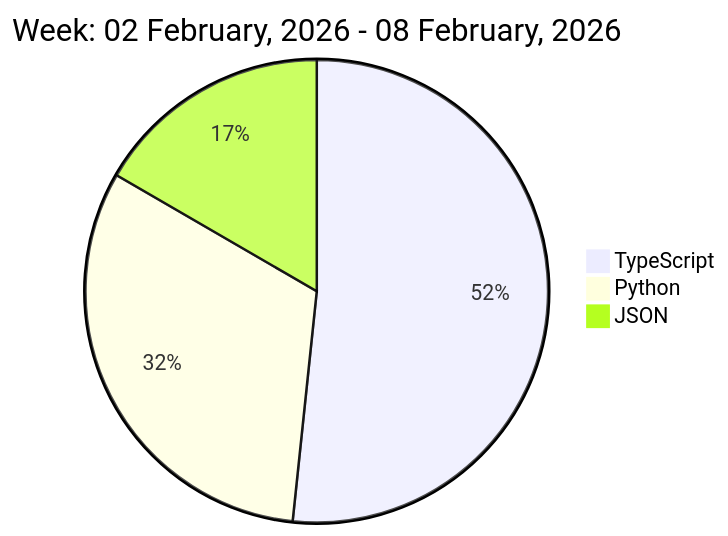
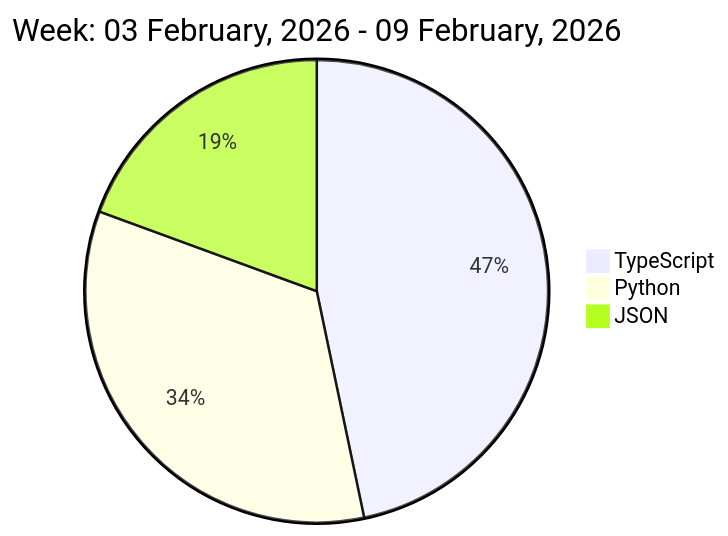
One commit to liubin95/liubin95 changed the diagram in README.md. Above: the diagram before and after it, drawn with Mermaid.

Commit message:
Updated the Graph with new Metrics

````diff
--- a/README.md
+++ b/README.md
@@ -37,7 +37,7 @@
 ```mermaid
  pie
-title Week: 02 February, 2026 - 08 February, 2026
- "TypeScript" : 8.85
- "Python" : 5.43
- "JSON" : 2.85
+title Week: 03 February, 2026 - 09 February, 2026
+ "TypeScript" : 7.75
+ "Python" : 5.62
+ "JSON" : 3.22
 ```
````
